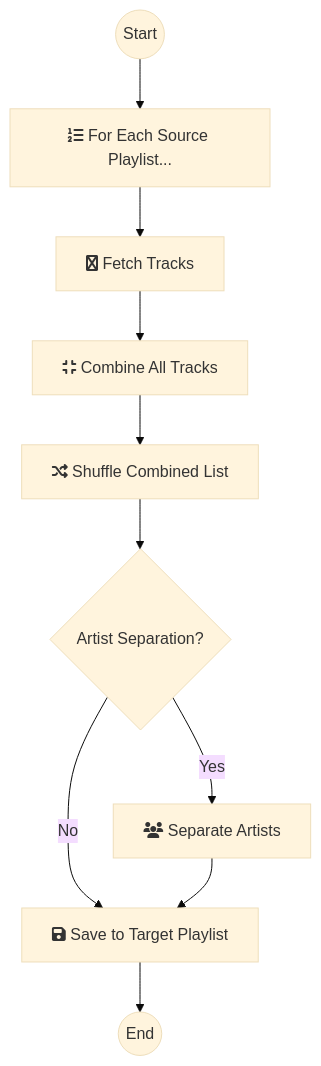
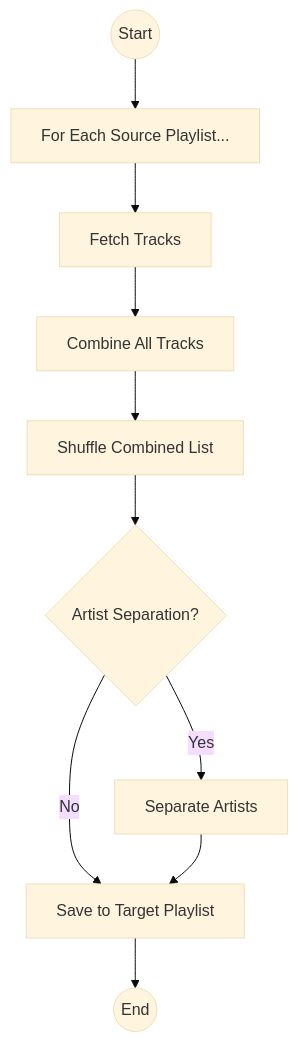
One commit to froggeric/gas-spotify-automation changed the second of 7 diagrams in README.md. Above: the diagram before and after it, drawn with Mermaid (base theme). The commit also changed other lines of this file, not shown here.

````diff
--- a/README.md
+++ b/README.md
@@ -77,12 +77,12 @@
 ```mermaid
 graph TD
-    A((Start)) --> B["fa:fa-list-ol For Each Source Playlist..."];
-    B --> C["fa:fa-spotify Fetch Tracks"];
-    C --> D["fa:fa-compress Combine All Tracks"];
-    D --> E["fa:fa-random Shuffle Combined List"];
+    A((Start)) --> B["For Each Source Playlist..."];
+    B --> C["Fetch Tracks"];
+    C --> D["Combine All Tracks"];
+    D --> E["Shuffle Combined List"];
     E --> F{Artist Separation?};
-    F -- Yes --> G["fa:fa-users Separate Artists"];
+    F -- Yes --> G["Separate Artists"];
     F -- No --> H;
-    G --> H["fa:fa-save Save to Target Playlist"];
+    G --> H["Save to Target Playlist"];
     H --> I((End));
 ```
````
